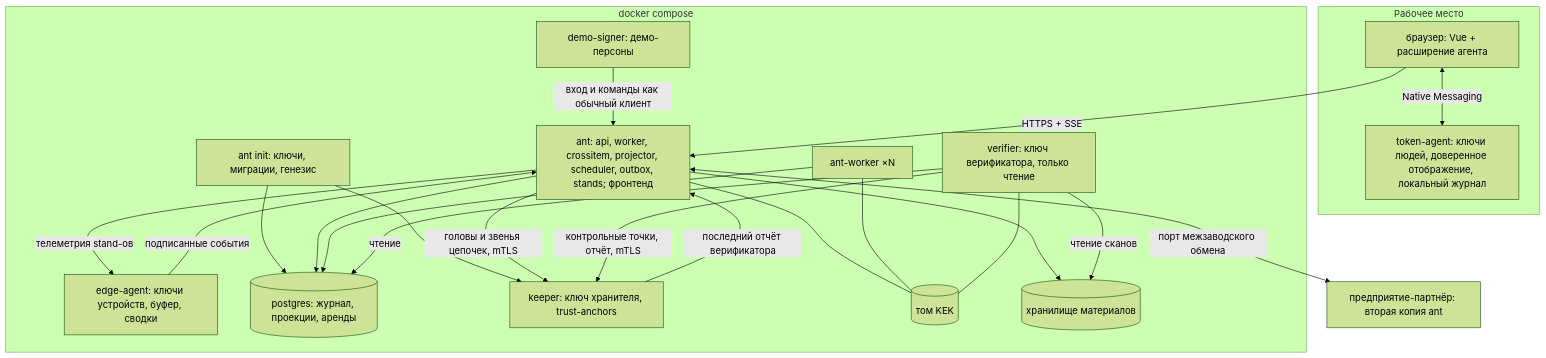
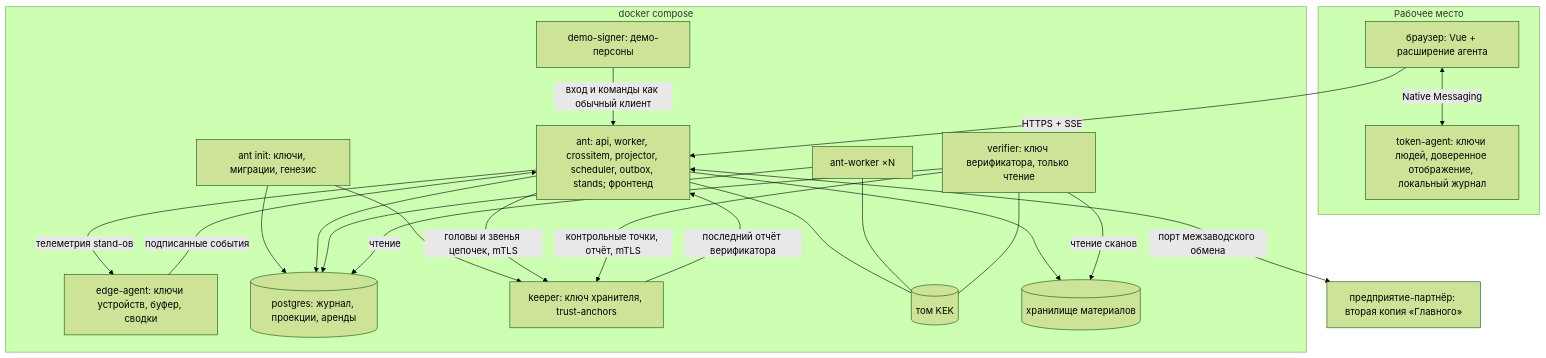
One commit to lehard/cosmos_hack changed the second of 3 diagrams in docs/architecture.md. Above: the diagram before and after it, drawn with Mermaid (forest theme). The commit also changed other lines of this file and 12 other files, not shown here.

Commit message:
Эпик 47: путеводитель для проверяющих по критериям О1–О9, Т1–Т7; README с запуском и входом; имя «Главный» в документах; ссылки на путеводитель и руководства из docs/README.md и architecture.md

````diff
--- a/docs/architecture.md
+++ b/docs/architecture.md
@@ -159,39 +161,39 @@
 ```mermaid
 flowchart TB
   subgraph ws["Рабочее место"]
     BR["браузер: Vue + расширение агента"]
     TA["token-agent: ключи людей, доверенное отображение, локальный журнал"]
     BR <-->|"Native Messaging"| TA
   end
   subgraph compose["docker compose"]
     INIT["ant init: ключи, миграции, генезис"]
     ANT["ant: api, worker, crossitem, projector, scheduler, outbox, stands; фронтенд"]
     WRK["ant-worker ×N"]
     EA["edge-agent: ключи устройств, буфер, сводки"]
     DS["demo-signer: демо-персоны"]
     PG[("postgres: журнал, проекции, аренды")]
     KP["keeper: ключ хранителя, trust-anchors"]
     VF["verifier: ключ верификатора, только чтение"]
     KEK[("том KEK")]
     MAT[("хранилище материалов")]
   end
-  PARTNER["предприятие-партнёр: вторая копия ant"]
+  PARTNER["предприятие-партнёр: вторая копия «Главного»"]
   BR -->|"HTTPS + SSE"| ANT
   ANT -->|"телеметрия stand-ов"| EA
   EA -->|"подписанные события"| ANT
   DS -->|"вход и команды как обычный клиент"| ANT
   INIT --> PG
   INIT --> KP
   ANT --> PG
   WRK --> PG
   ANT --> MAT
   ANT --- KEK
   WRK --- KEK
   VF --- KEK
   ANT -->|"головы и звенья цепочек, mTLS"| KP
   VF -->|"чтение"| PG
   VF -->|"контрольные точки, отчёт, mTLS"| KP
   KP -->|"последний отчёт верификатора"| ANT
   VF -->|"чтение сканов"| MAT
   ANT <-->|"порт межзаводского обмена"| PARTNER
 ```
````
